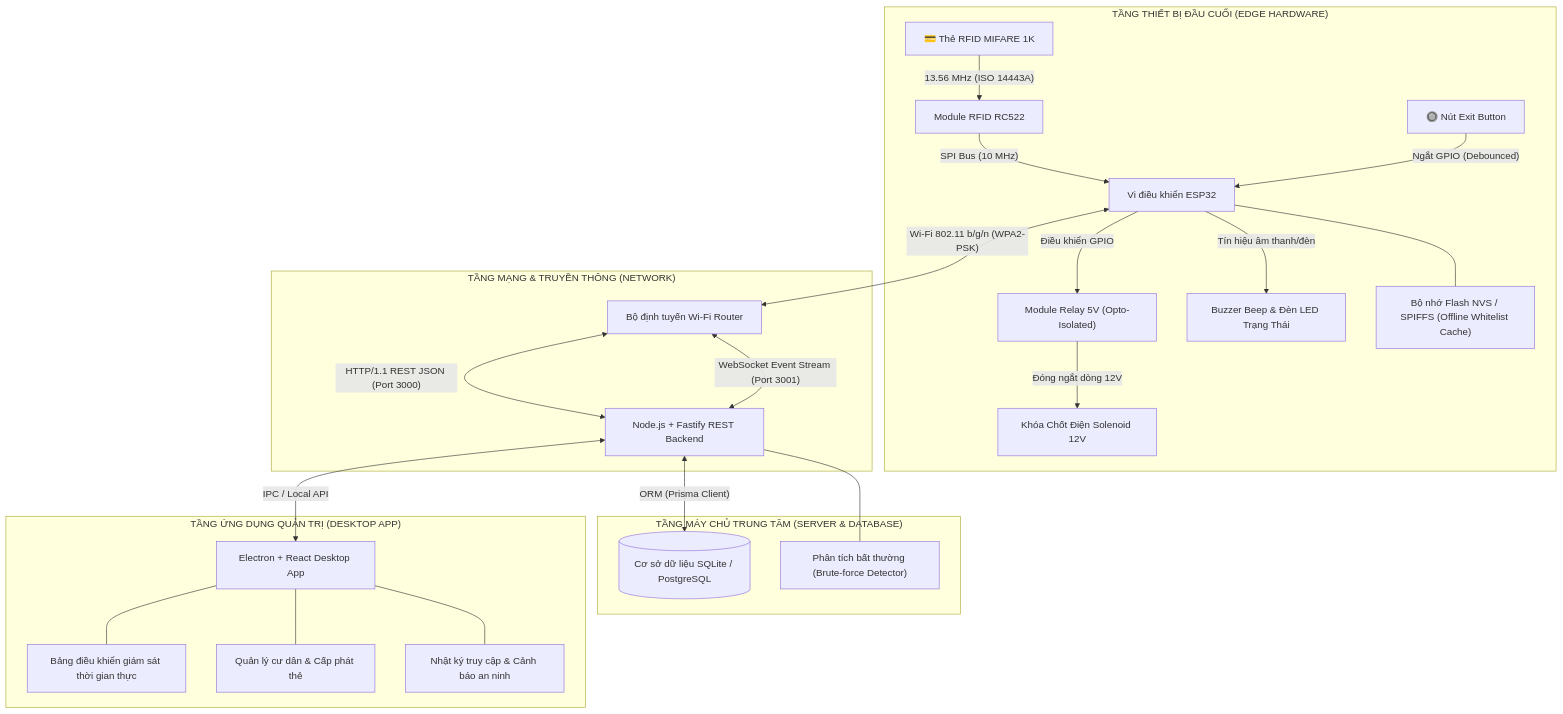
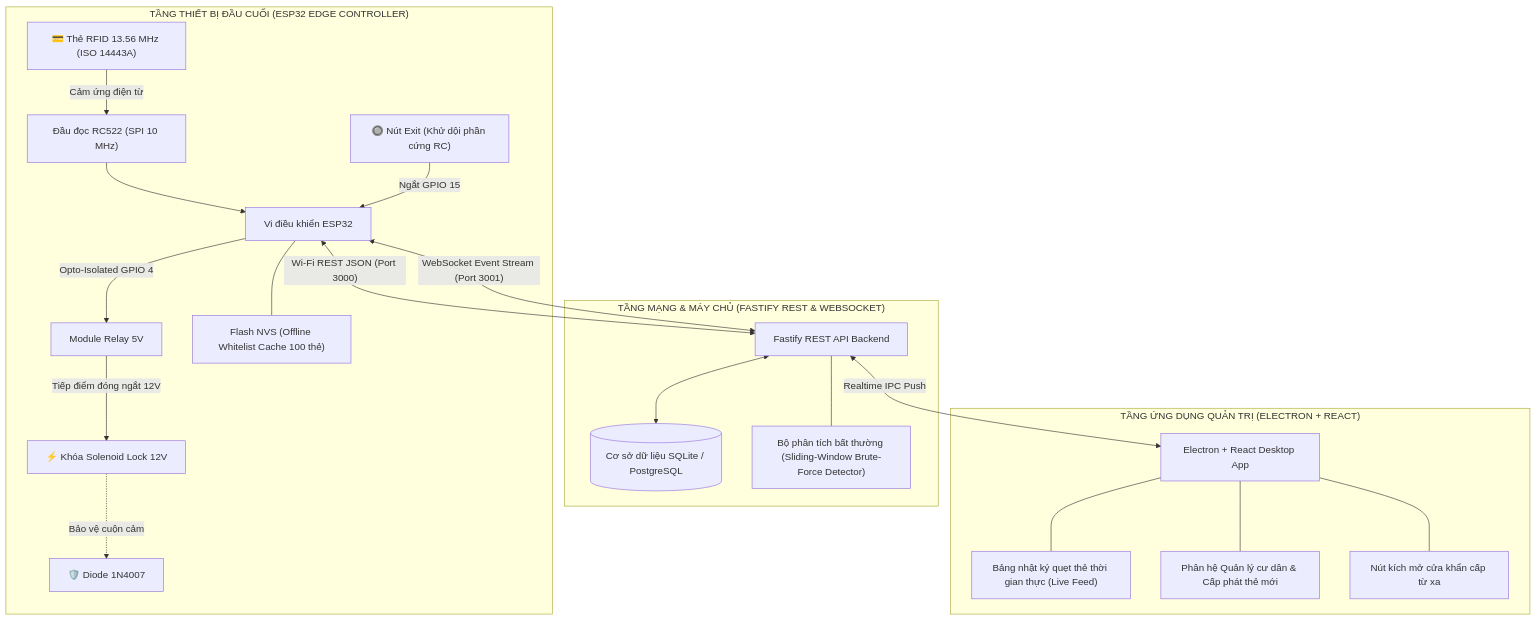
Before and after one commit to NguyenHoangUy1305/iot-rfid-access-control: the second of 5 diagrams in docs/SO_DO_KY_THUAT_VA_LY_THUYET.md, drawn with Mermaid. The commit also changed other lines of this file and 1 other file, not shown here.

Commit message:
docs: expand technical roadmaps, hardware schematics, and theoretical foundations with maximal engineering depth

````diff
--- a/docs/SO_DO_KY_THUAT_VA_LY_THUYET.md
+++ b/docs/SO_DO_KY_THUAT_VA_LY_THUYET.md
@@ -245,31 +344,26 @@
 ```mermaid
 graph TB
-    subgraph Edge_Hardware ["TẦNG THIẾT BỊ ĐẦU CUỐI (EDGE HARDWARE)"]
-        Card["💳 Thẻ RFID MIFARE 1K"] -->|"13.56 MHz (ISO 14443A)"| RC522["Module RFID RC522"]
-        RC522 -->|"SPI Bus (10 MHz)"| ESP32["Vi điều khiển ESP32"]
-        ExitBtn["🔘 Nút Exit Button"] -->|"Ngắt GPIO (Debounced)"| ESP32
-        ESP32 -->|"Điều khiển GPIO"| Relay["Module Relay 5V (Opto-Isolated)"]
-        Relay -->|"Đóng ngắt dòng 12V"| Solenoid["Khóa Chốt Điện Solenoid 12V"]
-        ESP32 -->|"Tín hiệu âm thanh/đèn"| BuzzerLED["Buzzer Beep & Đèn LED Trạng Thái"]
-        ESP32 --- NVS["Bộ nhớ Flash NVS / SPIFFS (Offline Whitelist Cache)"]
+    subgraph Edge_Hardware ["TẦNG THIẾT BỊ ĐẦU CUỐI (ESP32 EDGE CONTROLLER)"]
+        Card["💳 Thẻ RFID 13.56 MHz (ISO 14443A)"] -->|"Cảm ứng điện từ"| RC522["Đầu đọc RC522 (SPI 10 MHz)"]
+        RC522 --> ESP32["Vi điều khiển ESP32"]
+        ExitBtn["🔘 Nút Exit (Khử dội phần cứng RC)"] -->|"Ngắt GPIO 15"| ESP32
+        ESP32 -->|"Opto-Isolated GPIO 4"| Relay["Module Relay 5V"]
+        Relay -->|"Tiếp điểm đóng ngắt 12V"| Solenoid["⚡ Khóa Solenoid Lock 12V"]
+        Solenoid -.->|"Bảo vệ cuộn cảm"| Diode["🛡️ Diode 1N4007"]
+        ESP32 --- NVS["Flash NVS (Offline Whitelist Cache 100 thẻ)"]
     end
 
-    subgraph Network_Transport ["TẦNG MẠNG & TRUYỀN THÔNG (NETWORK)"]
-        ESP32 <-->|"Wi-Fi 802.11 b/g/n (WPA2-PSK)"| Router["Bộ định tuyến Wi-Fi Router"]
-        Router <-->|"HTTP/1.1 REST JSON (Port 3000)"| FastifyServer
-        Router <-->|"WebSocket Event Stream (Port 3001)"| FastifyServer
+    subgraph Network_Backend ["TẦNG MẠNG & MÁY CHỦ (FASTIFY REST & WEBSOCKET)"]
+        ESP32 <-->|"Wi-Fi REST JSON (Port 3000)"| Fastify["Fastify REST API Backend"]
+        ESP32 <-->|"WebSocket Event Stream (Port 3001)"| Fastify
+        Fastify <--> DB[("Cơ sở dữ liệu SQLite / PostgreSQL")]
+        Fastify --- Anomaly["Bộ phân tích bất thường (Sliding-Window Brute-Force Detector)"]
     end
 
-    subgraph Backend_Server ["TẦNG MÁY CHỦ TRUNG TÂM (SERVER & DATABASE)"]
-        FastifyServer["Node.js + Fastify REST Backend"]
-        FastifyServer <-->|"ORM (Prisma Client)"| DB[("Cơ sở dữ liệu SQLite / PostgreSQL")]
-        FastifyServer --- AnomalyEngine["Phân tích bất thường (Brute-force Detector)"]
-    end
-
-    subgraph Desktop_Client ["TẦNG ỨNG DỤNG QUẢN TRỊ (DESKTOP APP)"]
-        FastifyServer <-->|"IPC / Local API"| Electron["Electron + React Desktop App"]
-        Electron --- Dashboard["Bảng điều khiển giám sát thời gian thực"]
-        Electron --- CardManager["Quản lý cư dân & Cấp phát thẻ"]
-        Electron --- AuditLogs["Nhật ký truy cập & Cảnh báo an ninh"]
+    subgraph Desktop_Client ["TẦNG ỨNG DỤNG QUẢN TRỊ (ELECTRON + REACT)"]
+        Fastify <-->|"Realtime IPC Push"| Electron["Electron + React Desktop App"]
+        Electron --- Logs["Bảng nhật ký quẹt thẻ thời gian thực (Live Feed)"]
+        Electron --- CardManager["Phân hệ Quản lý cư dân & Cấp phát thẻ mới"]
+        Electron --- RemoteUnlock["Nút kích mở cửa khẩn cấp từ xa"]
     end
 ```
````
